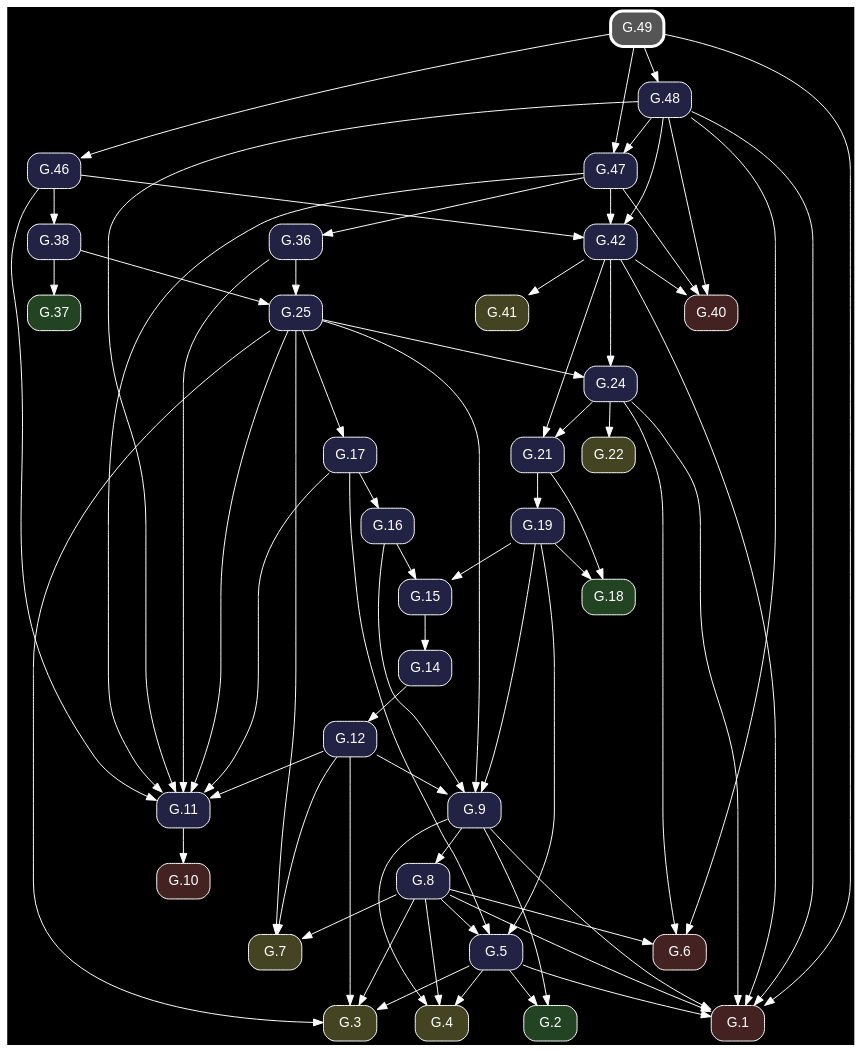
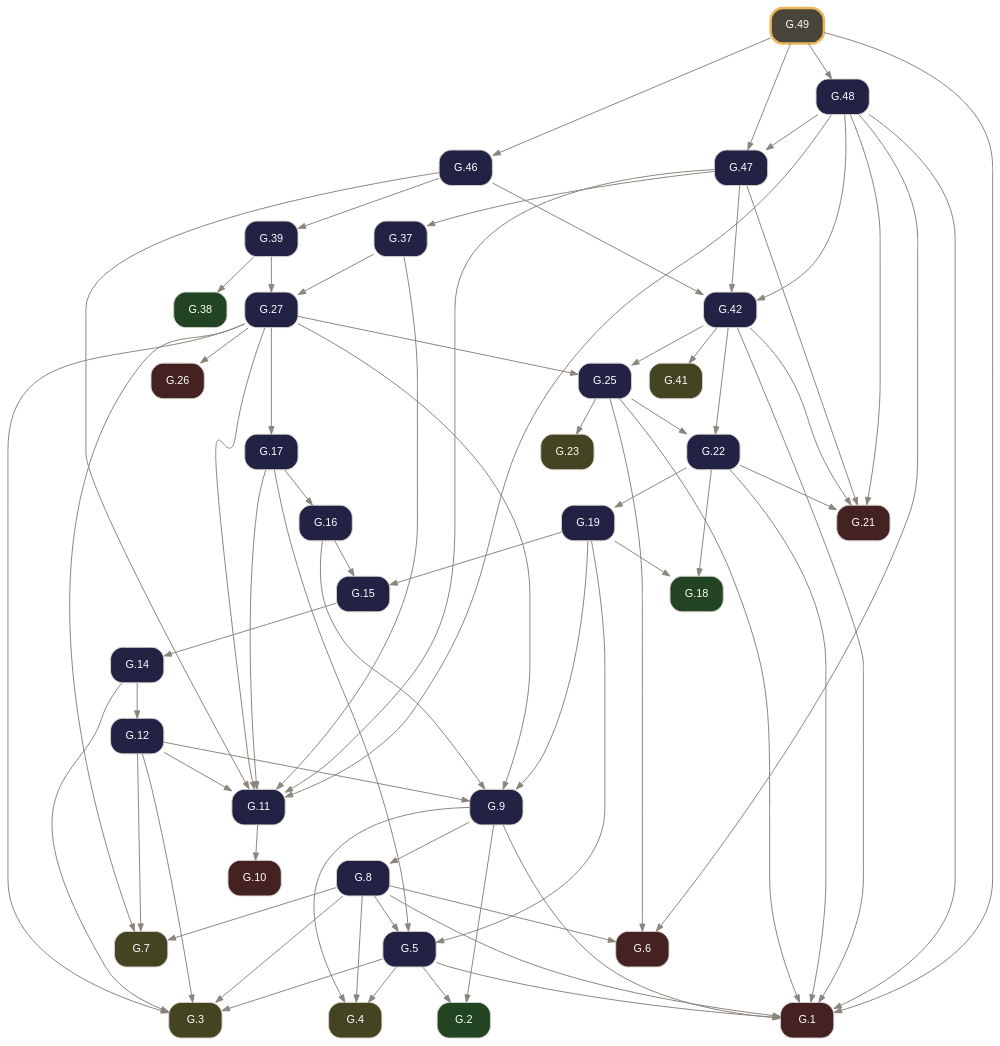
Before and after one commit to geometor/elements: the diagram in docsrc/elements2/G.49/index.rst, drawn with Graphviz. The commit also changed other lines of this file and 261 other files, not shown here.

Commit message:
feat: rebuild Elements 2.0 G-Index pipeline from composed Euclid Heath edition (v0.3.0)

```diff
--- a/docsrc/elements2/G.49/index.rst
+++ b/docsrc/elements2/G.49/index.rst
@@ -40,108 +69,113 @@
 .. graphviz::
 
    digraph {
-     bgcolor="black";
-     node [shape=box, style="rounded,filled", fontname="Helvetica", color="white", fontcolor="white"];
-     edge [color="white", fontcolor="white"];
+     bgcolor="transparent";
+     node [shape=box, style="rounded,filled", fontname="Helvetica", fontsize=11, color="#d6d3cd", fontcolor="#ffffff"];
+     edge [color="#8c857b", fontcolor="#8c857b", arrowsize=0.75];
      rankdir="TB";
-     "G.6" [label="G.6", fillcolor="#442222", URL="/elements2/G.6/", target="_top"];
-     "G.19" [label="G.19", fillcolor="#222244", URL="/elements2/G.19/", target="_top"];
-     "G.38" [label="G.38", fillcolor="#222244", URL="/elements2/G.38/", target="_top"];
-     "G.46" [label="G.46", fillcolor="#222244", URL="/elements2/G.46/", target="_top"];
-     "G.21" [label="G.21", fillcolor="#222244", URL="/elements2/G.21/", target="_top"];
-     "G.24" [label="G.24", fillcolor="#222244", URL="/elements2/G.24/", target="_top"];
-     "G.10" [label="G.10", fillcolor="#442222", URL="/elements2/G.10/", target="_top"];
-     "G.48" [label="G.48", fillcolor="#222244", URL="/elements2/G.48/", target="_top"];
-     "G.42" [label="G.42", fillcolor="#222244", URL="/elements2/G.42/", target="_top"];
-     "G.17" [label="G.17", fillcolor="#222244", URL="/elements2/G.17/", target="_top"];
-     "G.3" [label="G.3", fillcolor="#444422", URL="/elements2/G.3/", target="_top"];
-     "G.15" [label="G.15", fillcolor="#222244", URL="/elements2/G.15/", target="_top"];
-     "G.5" [label="G.5", fillcolor="#222244", URL="/elements2/G.5/", target="_top"];
-     "G.7" [label="G.7", fillcolor="#444422", URL="/elements2/G.7/", target="_top"];
-     "G.41" [label="G.41", fillcolor="#444422", URL="/elements2/G.41/", target="_top"];
-     "G.1" [label="G.1", fillcolor="#442222", URL="/elements2/G.1/", target="_top"];
-     "G.2" [label="G.2", fillcolor="#224422", URL="/elements2/G.2/", target="_top"];
-     "G.12" [label="G.12", fillcolor="#222244", URL="/elements2/G.12/", target="_top"];
-     "G.22" [label="G.22", fillcolor="#444422", URL="/elements2/G.22/", target="_top"];
-     "G.14" [label="G.14", fillcolor="#222244", URL="/elements2/G.14/", target="_top"];
-     "G.8" [label="G.8", fillcolor="#222244", URL="/elements2/G.8/", target="_top"];
-     "G.36" [label="G.36", fillcolor="#222244", URL="/elements2/G.36/", target="_top"];
-     "G.25" [label="G.25", fillcolor="#222244", URL="/elements2/G.25/", target="_top"];
-     "G.9" [label="G.9", fillcolor="#222244", URL="/elements2/G.9/", target="_top"];
-     "G.37" [label="G.37", fillcolor="#224422", URL="/elements2/G.37/", target="_top"];
-     "G.49" [label="G.49", penwidth=3, color="white", fillcolor="#555555", URL="/elements2/G.49/", target="_top"];
-     "G.18" [label="G.18", fillcolor="#224422", URL="/elements2/G.18/", target="_top"];
-     "G.11" [label="G.11", fillcolor="#222244", URL="/elements2/G.11/", target="_top"];
-     "G.40" [label="G.40", fillcolor="#442222", URL="/elements2/G.40/", target="_top"];
-     "G.4" [label="G.4", fillcolor="#444422", URL="/elements2/G.4/", target="_top"];
-     "G.16" [label="G.16", fillcolor="#222244", URL="/elements2/G.16/", target="_top"];
-     "G.47" [label="G.47", fillcolor="#222244", URL="/elements2/G.47/", target="_top"];
-     "G.24" -> "G.6";
-     "G.48" -> "G.6";
-     "G.8" -> "G.6";
-     "G.21" -> "G.19";
-     "G.46" -> "G.38";
-     "G.49" -> "G.46";
-     "G.24" -> "G.21";
-     "G.42" -> "G.21";
-     "G.25" -> "G.24";
-     "G.42" -> "G.24";
-     "G.11" -> "G.10";
-     "G.49" -> "G.48";
-     "G.47" -> "G.42";
-     "G.46" -> "G.42";
-     "G.48" -> "G.42";
-     "G.25" -> "G.17";
+     "G.1" [label="G.1", tooltip="G.1 (I.cn.1)", fillcolor="#442222", URL="../G.1/index.html", target="_top"];
+     "G.2" [label="G.2", tooltip="G.2 (I.def.15)", fillcolor="#224422", URL="../G.2/index.html", target="_top"];
+     "G.3" [label="G.3", tooltip="G.3 (I.post.1)", fillcolor="#444422", URL="../G.3/index.html", target="_top"];
+     "G.4" [label="G.4", tooltip="G.4 (I.post.3)", fillcolor="#444422", URL="../G.4/index.html", target="_top"];
+     "G.5" [label="G.5", tooltip="G.5 (I.1)", fillcolor="#222244", URL="../G.5/index.html", target="_top"];
+     "G.6" [label="G.6", tooltip="G.6 (I.cn.3)", fillcolor="#442222", URL="../G.6/index.html", target="_top"];
+     "G.7" [label="G.7", tooltip="G.7 (I.post.2)", fillcolor="#444422", URL="../G.7/index.html", target="_top"];
+     "G.8" [label="G.8", tooltip="G.8 (I.2)", fillcolor="#222244", URL="../G.8/index.html", target="_top"];
+     "G.9" [label="G.9", tooltip="G.9 (I.3)", fillcolor="#222244", URL="../G.9/index.html", target="_top"];
+     "G.10" [label="G.10", tooltip="G.10 (I.cn.4)", fillcolor="#442222", URL="../G.10/index.html", target="_top"];
+     "G.11" [label="G.11", tooltip="G.11 (I.4)", fillcolor="#222244", URL="../G.11/index.html", target="_top"];
+     "G.12" [label="G.12", tooltip="G.12 (I.5)", fillcolor="#222244", URL="../G.12/index.html", target="_top"];
+     "G.14" [label="G.14", tooltip="G.14 (I.7)", fillcolor="#222244", URL="../G.14/index.html", target="_top"];
+     "G.15" [label="G.15", tooltip="G.15 (I.8)", fillcolor="#222244", URL="../G.15/index.html", target="_top"];
+     "G.16" [label="G.16", tooltip="G.16 (I.9)", fillcolor="#222244", URL="../G.16/index.html", target="_top"];
+     "G.17" [label="G.17", tooltip="G.17 (I.10)", fillcolor="#222244", URL="../G.17/index.html", target="_top"];
+     "G.18" [label="G.18", tooltip="G.18 (I.def.10)", fillcolor="#224422", URL="../G.18/index.html", target="_top"];
+     "G.19" [label="G.19", tooltip="G.19 (I.11)", fillcolor="#222244", URL="../G.19/index.html", target="_top"];
+     "G.21" [label="G.21", tooltip="G.21 (I.cn.2)", fillcolor="#442222", URL="../G.21/index.html", target="_top"];
+     "G.22" [label="G.22", tooltip="G.22 (I.13)", fillcolor="#222244", URL="../G.22/index.html", target="_top"];
+     "G.23" [label="G.23", tooltip="G.23 (I.post.4)", fillcolor="#444422", URL="../G.23/index.html", target="_top"];
+     "G.25" [label="G.25", tooltip="G.25 (I.15)", fillcolor="#222244", URL="../G.25/index.html", target="_top"];
+     "G.26" [label="G.26", tooltip="G.26 (I.cn.5)", fillcolor="#442222", URL="../G.26/index.html", target="_top"];
+     "G.27" [label="G.27", tooltip="G.27 (I.16)", fillcolor="#222244", URL="../G.27/index.html", target="_top"];
+     "G.37" [label="G.37", tooltip="G.37 (I.26)", fillcolor="#222244", URL="../G.37/index.html", target="_top"];
+     "G.38" [label="G.38", tooltip="G.38 (I.def.23)", fillcolor="#224422", URL="../G.38/index.html", target="_top"];
+     "G.39" [label="G.39", tooltip="G.39 (I.27)", fillcolor="#222244", URL="../G.39/index.html", target="_top"];
+     "G.41" [label="G.41", tooltip="G.41 (I.post.5)", fillcolor="#444422", URL="../G.41/index.html", target="_top"];
+     "G.42" [label="G.42", tooltip="G.42 (I.29)", fillcolor="#222244", URL="../G.42/index.html", target="_top"];
+     "G.46" [label="G.46", tooltip="G.46 (I.33)", fillcolor="#222244", URL="../G.46/index.html", target="_top"];
+     "G.47" [label="G.47", tooltip="G.47 (I.34)", fillcolor="#222244", URL="../G.47/index.html", target="_top"];
+     "G.48" [label="G.48", tooltip="G.48 (I.35)", fillcolor="#222244", URL="../G.48/index.html", target="_top"];
+     "G.49" [label="G.49", tooltip="G.49 (I.36)", penwidth=2.5, color="#e8b85a", fillcolor="#4a453b", URL="index.html", target="_top"];
+     "G.5" -> "G.1";
+     "G.8" -> "G.1";
+     "G.9" -> "G.1";
+     "G.22" -> "G.1";
+     "G.25" -> "G.1";
+     "G.42" -> "G.1";
+     "G.48" -> "G.1";
+     "G.49" -> "G.1";
+     "G.5" -> "G.2";
+     "G.9" -> "G.2";
      "G.5" -> "G.3";
-     "G.25" -> "G.3";
      "G.8" -> "G.3";
      "G.12" -> "G.3";
-     "G.19" -> "G.15";
-     "G.16" -> "G.15";
-     "G.19" -> "G.5";
-     "G.8" -> "G.5";
-     "G.17" -> "G.5";
-     "G.25" -> "G.7";
-     "G.8" -> "G.7";
-     "G.12" -> "G.7";
-     "G.42" -> "G.41";
-     "G.5" -> "G.1";
-     "G.24" -> "G.1";
-     "G.49" -> "G.1";
-     "G.48" -> "G.1";
-     "G.8" -> "G.1";
-     "G.42" -> "G.1";
-     "G.9" -> "G.1";
-     "G.5" -> "G.2";
-     "G.9" -> "G.2";
-     "G.14" -> "G.12";
-     "G.24" -> "G.22";
-     "G.15" -> "G.14";
-     "G.9" -> "G.8";
-     "G.47" -> "G.36";
-     "G.36" -> "G.25";
-     "G.38" -> "G.25";
-     "G.19" -> "G.9";
-     "G.25" -> "G.9";
-     "G.16" -> "G.9";
-     "G.12" -> "G.9";
-     "G.38" -> "G.37";
-     "G.19" -> "G.18";
-     "G.21" -> "G.18";
-     "G.36" -> "G.11";
-     "G.47" -> "G.11";
-     "G.46" -> "G.11";
-     "G.48" -> "G.11";
-     "G.25" -> "G.11";
-     "G.17" -> "G.11";
-     "G.12" -> "G.11";
-     "G.47" -> "G.40";
-     "G.48" -> "G.40";
-     "G.42" -> "G.40";
+     "G.14" -> "G.3";
+     "G.27" -> "G.3";
      "G.5" -> "G.4";
      "G.8" -> "G.4";
      "G.9" -> "G.4";
+     "G.8" -> "G.5";
+     "G.17" -> "G.5";
+     "G.19" -> "G.5";
+     "G.8" -> "G.6";
+     "G.25" -> "G.6";
+     "G.48" -> "G.6";
+     "G.8" -> "G.7";
+     "G.12" -> "G.7";
+     "G.27" -> "G.7";
+     "G.9" -> "G.8";
+     "G.12" -> "G.9";
+     "G.16" -> "G.9";
+     "G.19" -> "G.9";
+     "G.27" -> "G.9";
+     "G.11" -> "G.10";
+     "G.12" -> "G.11";
+     "G.17" -> "G.11";
+     "G.27" -> "G.11";
+     "G.37" -> "G.11";
+     "G.46" -> "G.11";
+     "G.47" -> "G.11";
+     "G.48" -> "G.11";
+     "G.14" -> "G.12";
+     "G.15" -> "G.14";
+     "G.16" -> "G.15";
+     "G.19" -> "G.15";
      "G.17" -> "G.16";
+     "G.27" -> "G.17";
+     "G.19" -> "G.18";
+     "G.22" -> "G.18";
+     "G.22" -> "G.19";
+     "G.22" -> "G.21";
+     "G.42" -> "G.21";
+     "G.47" -> "G.21";
+     "G.48" -> "G.21";
+     "G.25" -> "G.22";
+     "G.42" -> "G.22";
+     "G.25" -> "G.23";
+     "G.27" -> "G.25";
+     "G.42" -> "G.25";
+     "G.27" -> "G.26";
+     "G.37" -> "G.27";
+     "G.39" -> "G.27";
+     "G.47" -> "G.37";
+     "G.39" -> "G.38";
+     "G.46" -> "G.39";
+     "G.42" -> "G.41";
+     "G.46" -> "G.42";
+     "G.47" -> "G.42";
+     "G.48" -> "G.42";
+     "G.49" -> "G.46";
+     "G.48" -> "G.47";
      "G.49" -> "G.47";
-     "G.48" -> "G.47";
+     "G.49" -> "G.48";
    }
```
